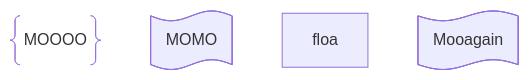
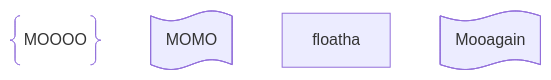
One commit to gerbssusd/dok changed the diagram in slides.md. Above: the diagram before and after it, drawn with Mermaid.

````diff
--- a/slides.md
+++ b/slides.md
@@ -217,9 +217,9 @@
 ```mermaid
 flowchart TD
     A@{ shape: braces, label: "MOOOO" }
     B@{ shape: flag, label: "MOMO"}
-floa
+floatha
     C@{ shape: flag, label: "Mooagain"}
 
 
 ```
````
